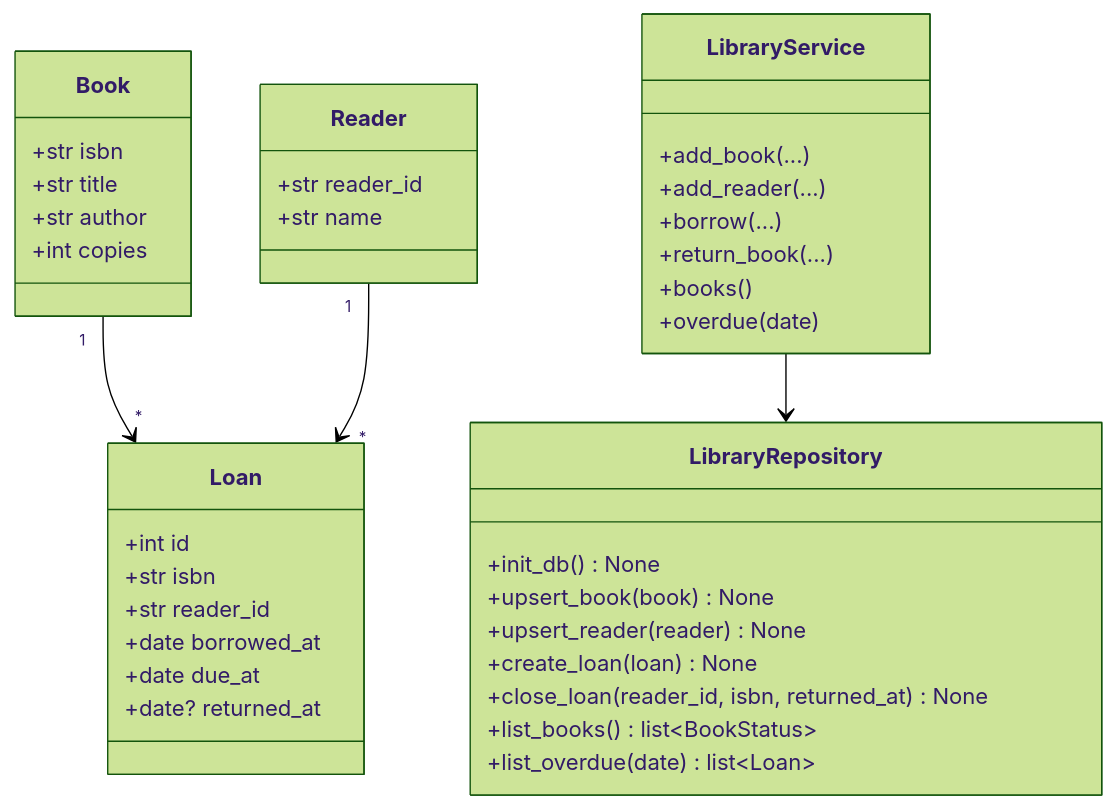
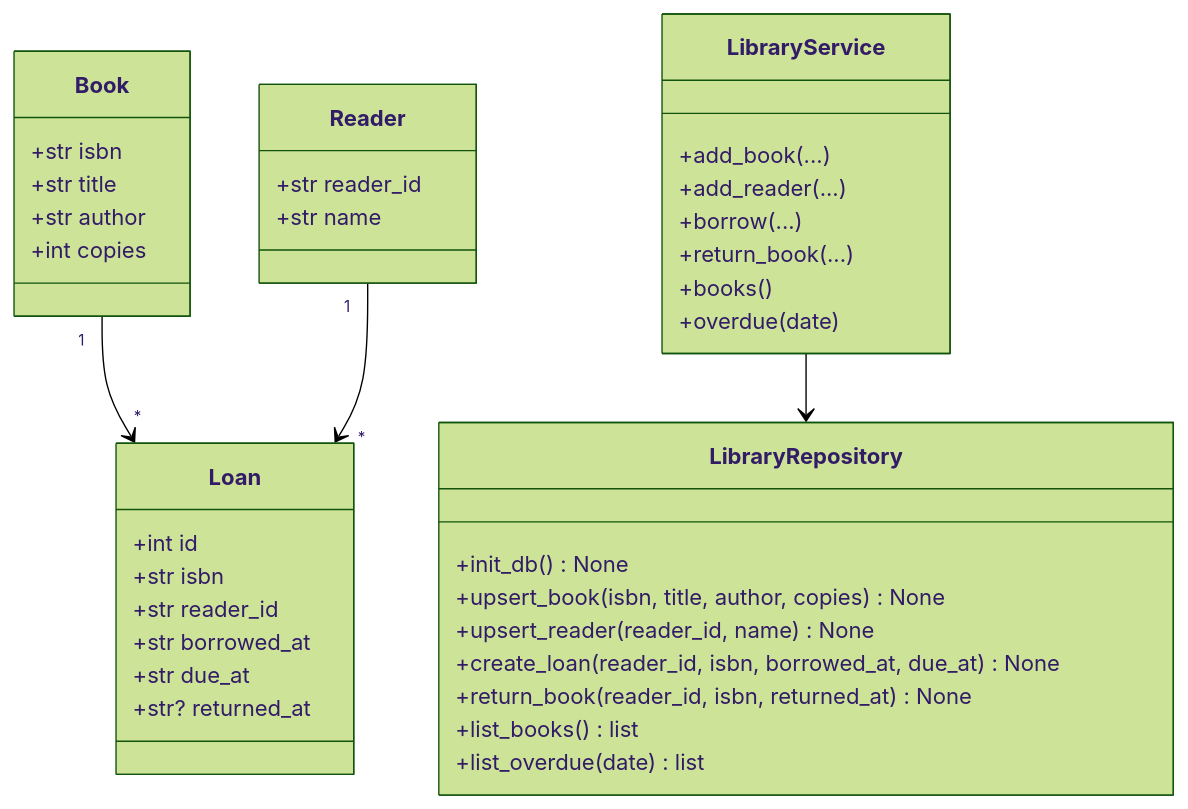
The second of 4 diagrams in benchmark/selfbuilt/cases/04_library_lending/input/design_model.md (JerryChen-USTB/CodeAgent), drawn with Mermaid (forest theme) before and after one commit. The commit also changed other lines of this file and 67 other files, not shown here.

````diff
--- a/benchmark/selfbuilt/cases/04_library_lending/input/design_model.md
+++ b/benchmark/selfbuilt/cases/04_library_lending/input/design_model.md
@@ -5,46 +59,46 @@
 ```mermaid
 classDiagram
     class Book {
       +str isbn
       +str title
       +str author
       +int copies
     }
 
     class Reader {
       +str reader_id
       +str name
     }
 
     class Loan {
       +int id
       +str isbn
       +str reader_id
-      +date borrowed_at
-      +date due_at
-      +date? returned_at
+      +str borrowed_at
+      +str due_at
+      +str? returned_at
     }
 
     class LibraryRepository {
       +init_db() None
-      +upsert_book(book) None
-      +upsert_reader(reader) None
-      +create_loan(loan) None
-      +close_loan(reader_id, isbn, returned_at) None
-      +list_books() list~BookStatus~
-      +list_overdue(date) list~Loan~
+      +upsert_book(isbn, title, author, copies) None
+      +upsert_reader(reader_id, name) None
+      +create_loan(reader_id, isbn, borrowed_at, due_at) None
+      +return_book(reader_id, isbn, returned_at) None
+      +list_books() list
+      +list_overdue(date) list
     }
 
     class LibraryService {
       +add_book(...)
       +add_reader(...)
       +borrow(...)
       +return_book(...)
       +books()
       +overdue(date)
     }
 
     Book "1" --> "*" Loan
     Reader "1" --> "*" Loan
     LibraryService --> LibraryRepository
 ```
````
